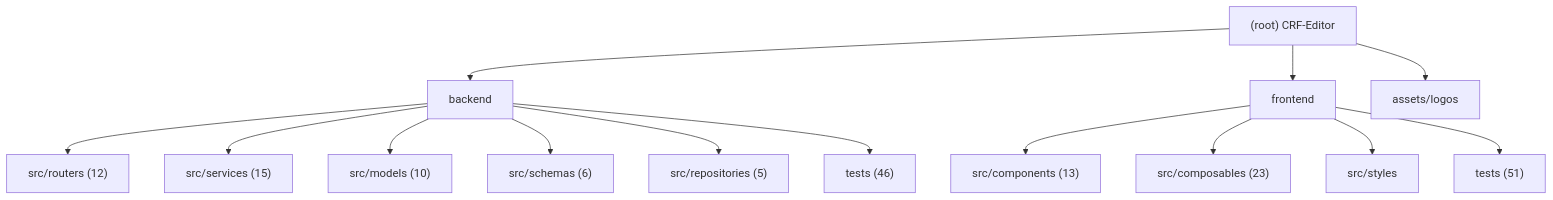
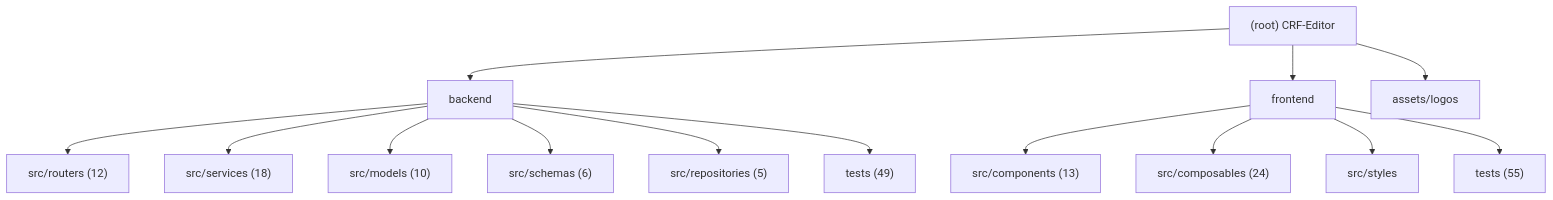
Before and after one commit to decade6666/CRF-Editor: the diagram in .claude/CLAUDE.md, drawn with Mermaid. The commit also changed other lines of this file and 9 other files, not shown here.

````diff
--- a/.claude/CLAUDE.md
+++ b/.claude/CLAUDE.md
@@ -15,19 +15,19 @@
 ```mermaid
 graph TD
     A["(root) CRF-Editor"] --> B["backend"];
     B --> B1["src/routers (12)"];
-    B --> B2["src/services (15)"];
+    B --> B2["src/services (18)"];
     B --> B3["src/models (10)"];
     B --> B4["src/schemas (6)"];
     B --> B5["src/repositories (5)"];
-    B --> B6["tests (46)"];
+    B --> B6["tests (49)"];
     A --> C["frontend"];
     C --> C1["src/components (13)"];
-    C --> C2["src/composables (23)"];
+    C --> C2["src/composables (24)"];
     C --> C3["src/styles"];
-    C --> C4["tests (51)"];
+    C --> C4["tests (55)"];
     A --> D["assets/logos"];
 
     click B "./backend/.claude/CLAUDE.md" "View backend module docs"
     click C "./frontend/.claude/CLAUDE.md" "View frontend module docs"
 ```
````
